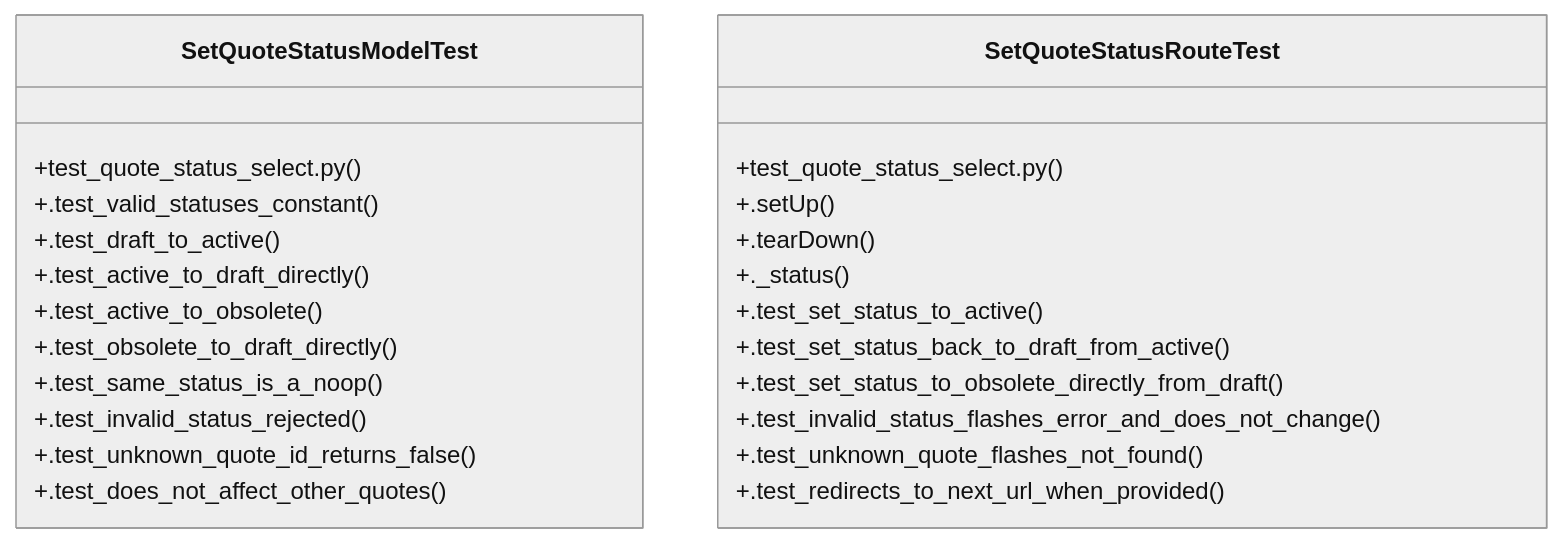
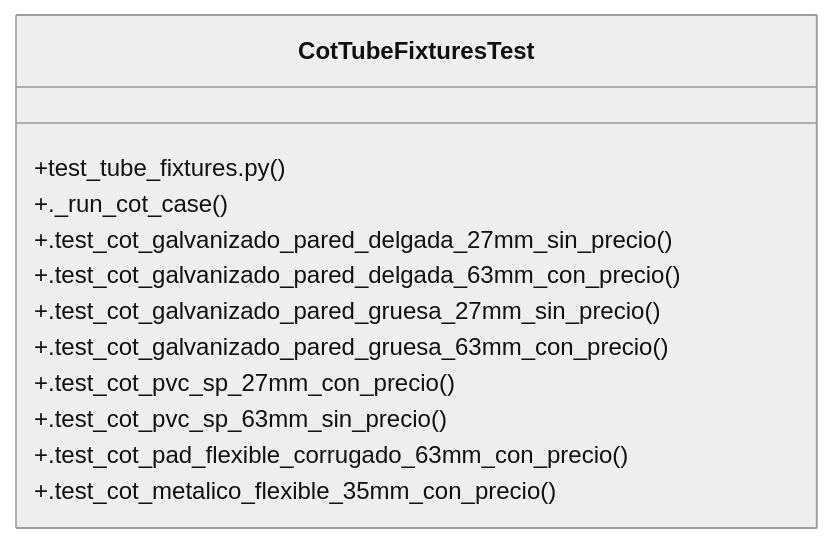
One commit to Daftrick/ProjectTracker changed the diagram in graphify-out/wiki/Community_19.md. Above: the diagram before and after it, drawn with Mermaid (neutral theme). The commit also changed other lines of this file and 465 other files, not shown here.

````diff
--- a/graphify-out/wiki/Community_19.md
+++ b/graphify-out/wiki/Community_19.md
@@ -35,27 +33,15 @@
 ```mermaid
 classDiagram
-    class SetQuoteStatusModelTest {
-        +test_quote_status_select.py()
-        +.test_valid_statuses_constant()
-        +.test_draft_to_active()
-        +.test_active_to_draft_directly()
-        +.test_active_to_obsolete()
-        +.test_obsolete_to_draft_directly()
-        +.test_same_status_is_a_noop()
-        +.test_invalid_status_rejected()
-        +.test_unknown_quote_id_returns_false()
-        +.test_does_not_affect_other_quotes()
-    }
-    class SetQuoteStatusRouteTest {
-        +test_quote_status_select.py()
-        +.setUp()
-        +.tearDown()
-        +._status()
-        +.test_set_status_to_active()
-        +.test_set_status_back_to_draft_from_active()
-        +.test_set_status_to_obsolete_directly_from_draft()
-        +.test_invalid_status_flashes_error_and_does_not_change()
-        +.test_unknown_quote_flashes_not_found()
-        +.test_redirects_to_next_url_when_provided()
+    class CotTubeFixturesTest {
+        +test_tube_fixtures.py()
+        +._run_cot_case()
+        +.test_cot_galvanizado_pared_delgada_27mm_sin_precio()
+        +.test_cot_galvanizado_pared_delgada_63mm_con_precio()
+        +.test_cot_galvanizado_pared_gruesa_27mm_sin_precio()
+        +.test_cot_galvanizado_pared_gruesa_63mm_con_precio()
+        +.test_cot_pvc_sp_27mm_con_precio()
+        +.test_cot_pvc_sp_63mm_sin_precio()
+        +.test_cot_pad_flexible_corrugado_63mm_con_precio()
+        +.test_cot_metalico_flexible_35mm_con_precio()
     }
 ```
````
